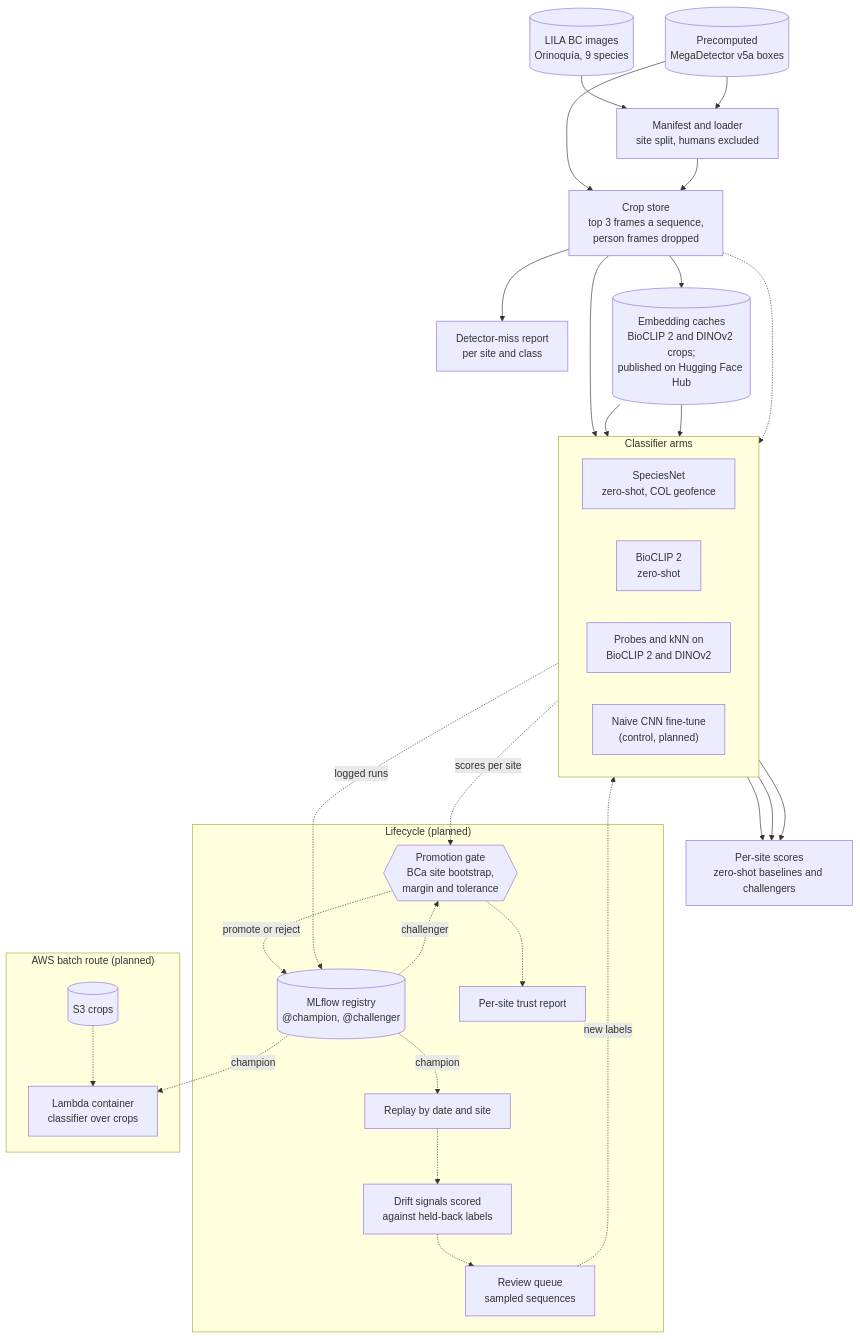
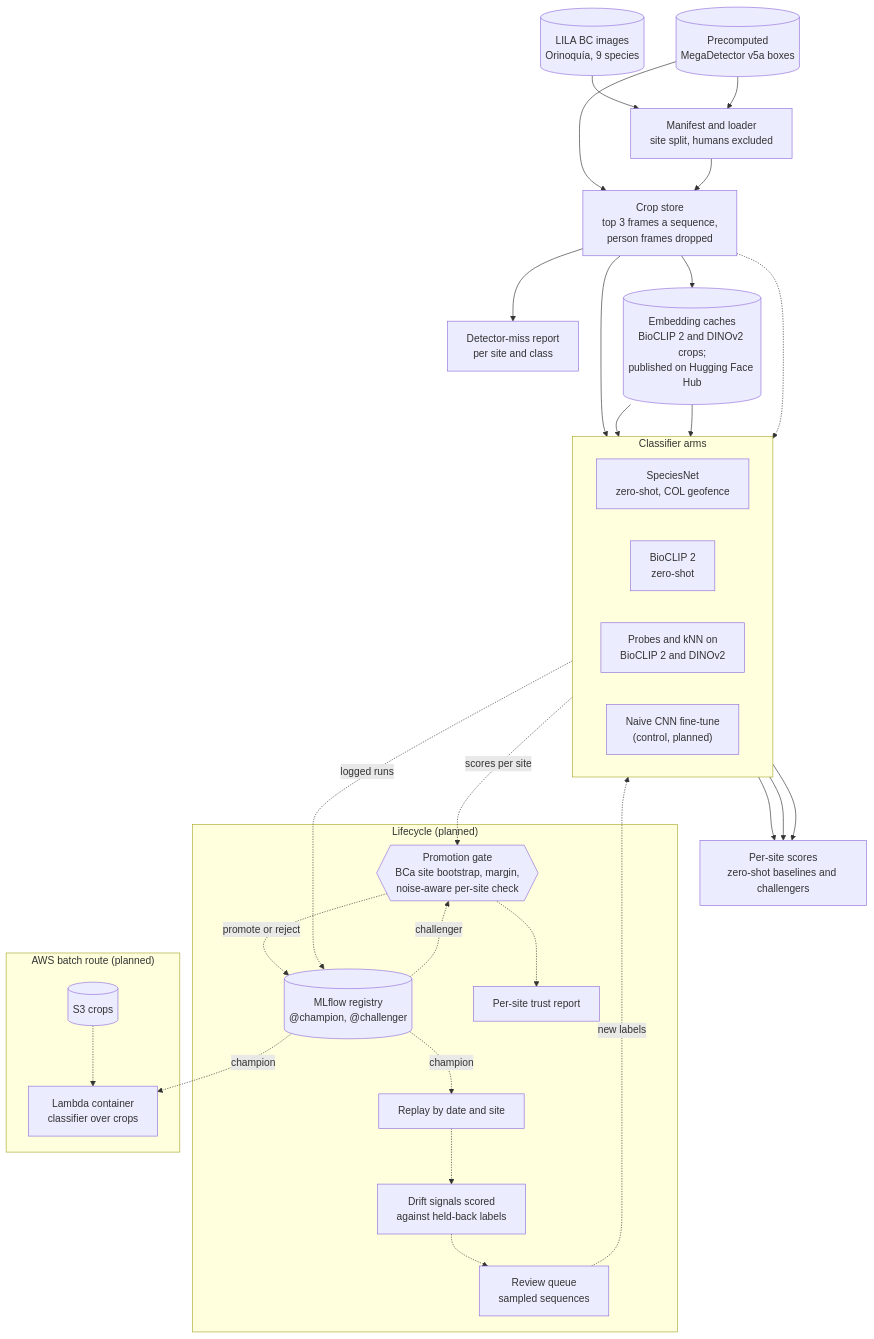
The diagram in README.md (benmacp123/camera-trap-mlops), drawn with Mermaid before and after one commit. The commit also changed other lines of this file and 11 other files, not shown here.

````diff
--- a/README.md
+++ b/README.md
@@ -157,50 +193,50 @@
 ```mermaid
 flowchart TB
     lila[("LILA BC images<br>Orinoquía, 9 species")] --> manifest["Manifest and loader<br>site split, humans excluded"]
     mdv5a[("Precomputed<br>MegaDetector v5a boxes")] --> manifest
     mdv5a --> crops["Crop store<br>top 3 frames a sequence,<br>person frames dropped"]
     manifest --> crops
     crops --> misses["Detector-miss report<br>per site and class"]
     crops --> embeddings[("Embedding caches<br>BioCLIP 2 and DINOv2 crops;<br>published on Hugging Face Hub")]
 
     subgraph arms ["Classifier arms"]
         direction LR
         speciesnet["SpeciesNet<br>zero-shot, COL geofence"]
         bioclip["BioCLIP 2<br>zero-shot"]
         probe["Probes and kNN on<br>BioCLIP 2 and DINOv2"]
         cnn["Naive CNN fine-tune<br>(control, planned)"]
     end
 
     crops --> speciesnet
     embeddings --> bioclip
     embeddings --> probe
     crops -.-> cnn
 
     speciesnet --> baselines["Per-site scores<br>zero-shot baselines and challengers"]
     bioclip --> baselines
     probe --> baselines
 
-    gate{{"Promotion gate<br>BCa site bootstrap,<br>margin and tolerance"}}
+    gate{{"Promotion gate<br>BCa site bootstrap, margin,<br>noise-aware per-site check"}}
 
     subgraph lifecycle ["Lifecycle (planned)"]
         mlflow[("MLflow registry<br>@champion, @challenger")]
         report["Per-site trust report"]
         replay["Replay by date and site"]
         drift["Drift signals scored<br>against held-back labels"]
         review["Review queue<br>sampled sequences"]
         mlflow -. "challenger" .-> gate
         gate -. "promote or reject" .-> mlflow
         gate -.-> report
         mlflow -. "champion" .-> replay -.-> drift -.-> review
     end
 
     arms -. "scores per site" .-> gate
     arms -. "logged runs" .-> mlflow
     review -. "new labels" .-> arms
 
     subgraph aws ["AWS batch route (planned)"]
         s3[("S3 crops")] -.-> lambda["Lambda container<br>classifier over crops"]
     end
 
     mlflow -. "champion" .-> lambda
 ```
````
